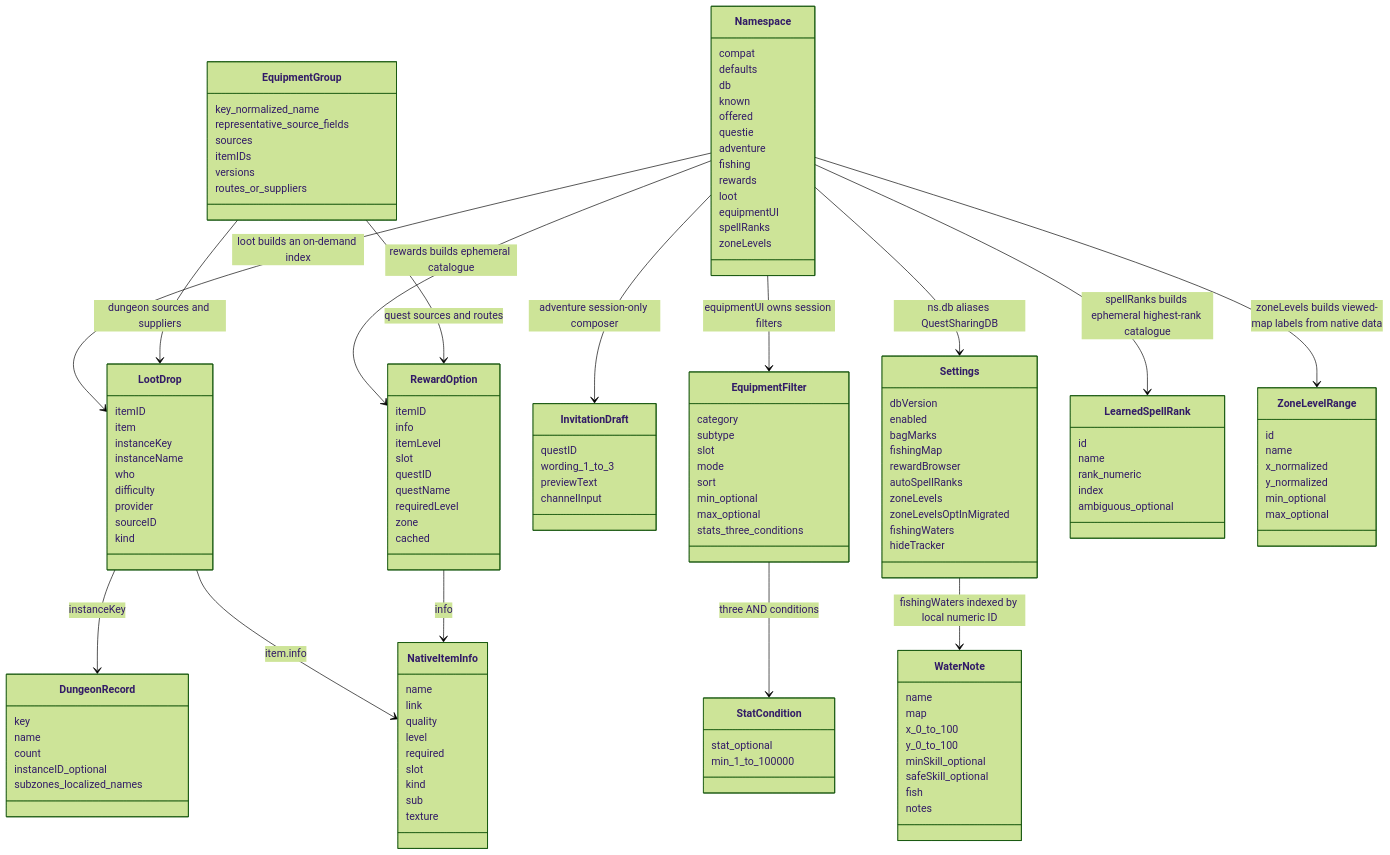
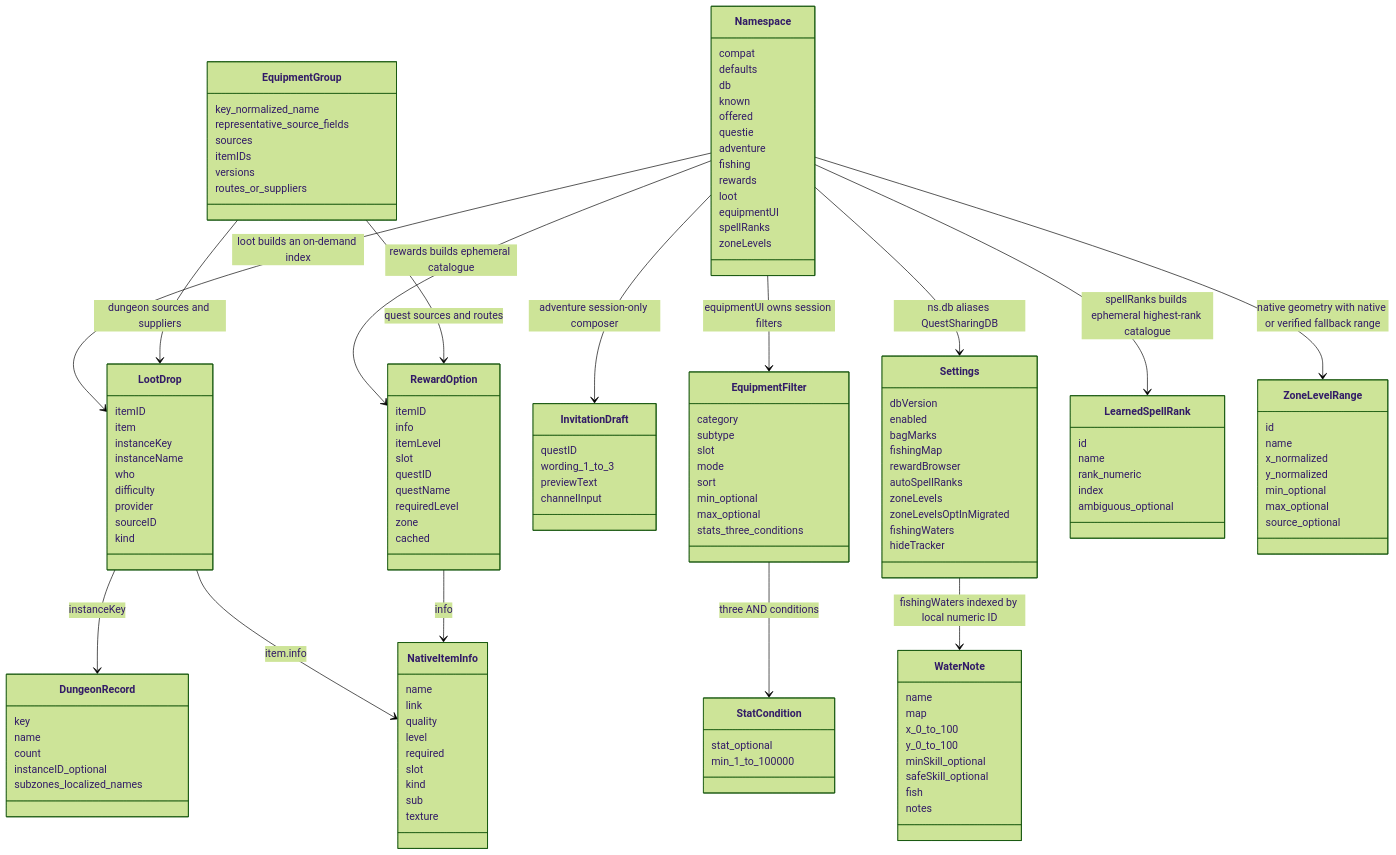
Before and after one commit to YodaGitMaster/QuestSharing: the tenth of 10 diagrams in context/architecture.md, drawn with Mermaid (forest theme). The commit also changed other lines of this file and 10 other files, not shown here.

Commit message:
Provide verified zone level fallbacks when native map data is empty

```diff
--- a/context/architecture.md
+++ b/context/architecture.md
@@ -421,8 +429,9 @@
         y_normalized
         min_optional
         max_optional
+        source_optional
     }
-    Namespace --> ZoneLevelRange : zoneLevels builds viewed-map labels from native data
+    Namespace --> ZoneLevelRange : native geometry with native or verified fallback range
     Namespace --> EquipmentFilter : equipmentUI owns session filters
     Namespace --> LootDrop : loot builds an on-demand index
     Namespace --> InvitationDraft : adventure session-only composer
```
